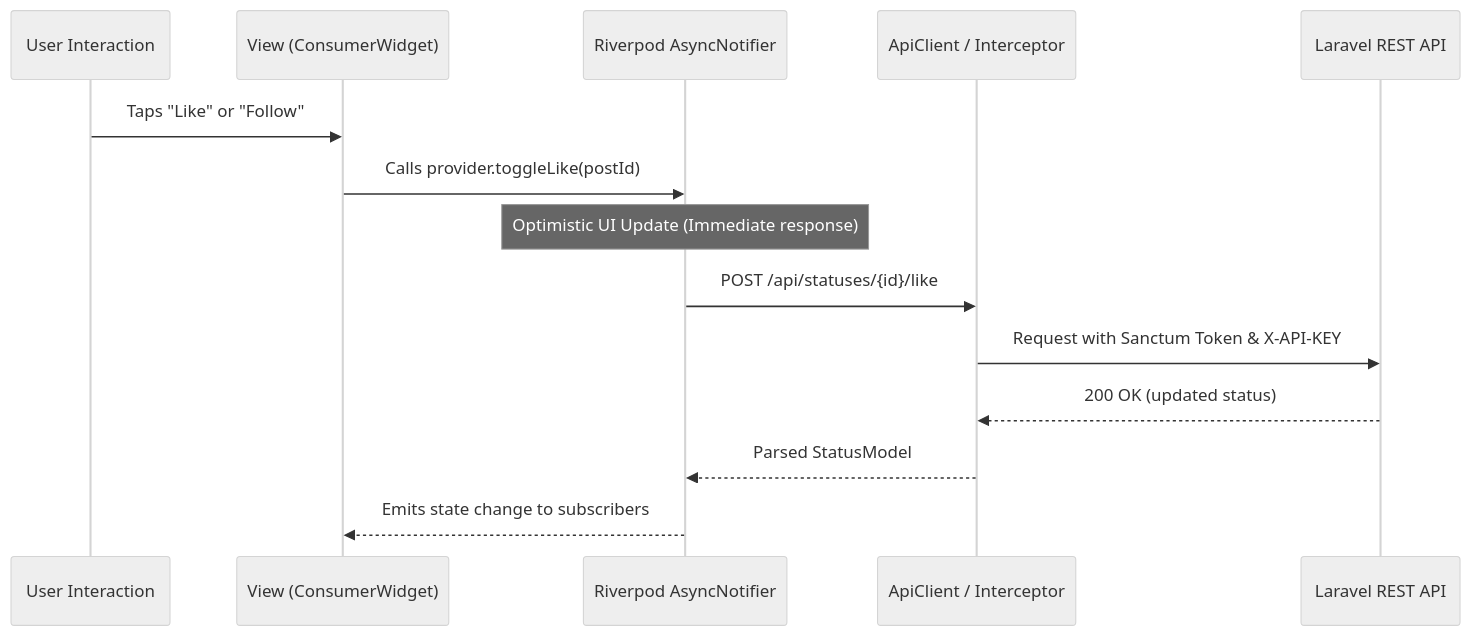
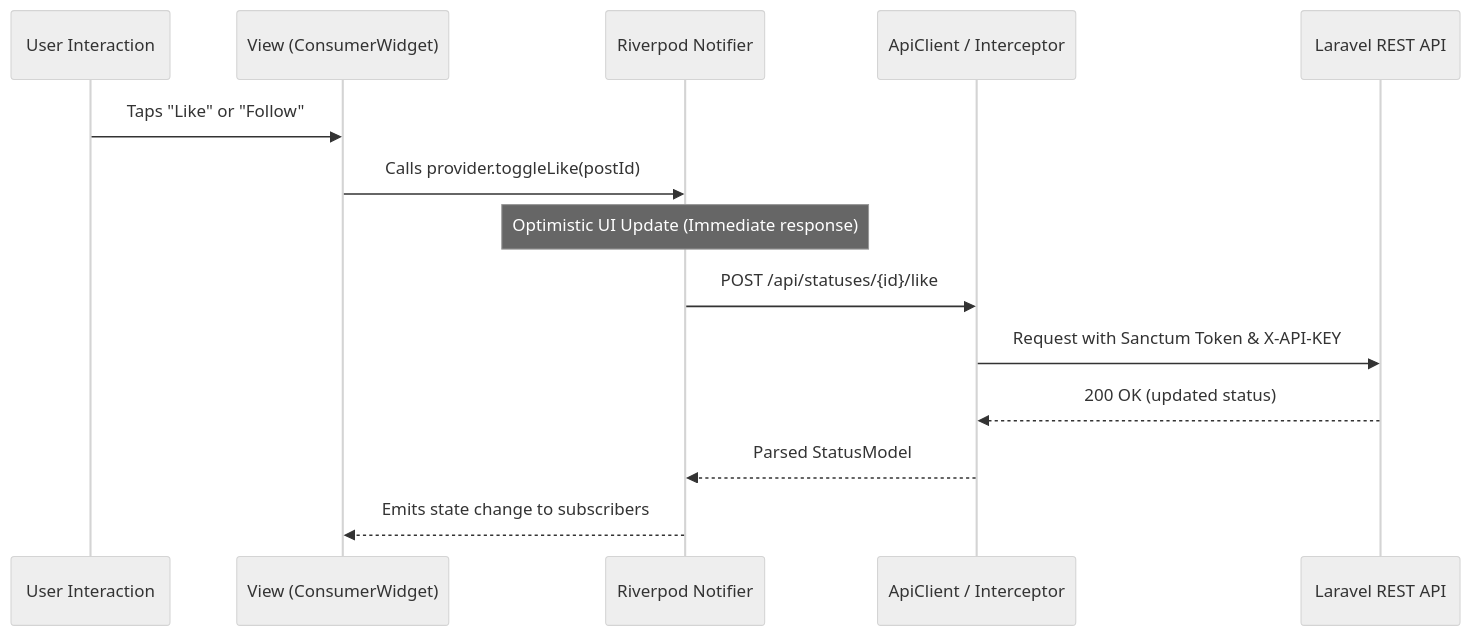
The diagram in docs/wiki/Architecture-and-Design-Patterns.md (mrghozzi/myads_app), drawn with Mermaid (neutral theme) before and after one commit. The commit also changed other lines of this file and 8 other files, not shown here.

Commit message:
docs(wiki): update documentation to v1.8.9+31 with tier-1 notification architecture, FCM v1, and modern Riverpod state

````diff
--- a/docs/wiki/Architecture-and-Design-Patterns.md
+++ b/docs/wiki/Architecture-and-Design-Patterns.md
@@ -49,17 +50,17 @@
 ```mermaid
 sequenceDiagram
     participant User as User Interaction
     participant Widget as View (ConsumerWidget)
-    participant Provider as Riverpod AsyncNotifier
+    participant Provider as Riverpod Notifier
     participant Dio as ApiClient / Interceptor
     participant Backend as Laravel REST API
 
     User->>Widget: Taps "Like" or "Follow"
     Widget->>Provider: Calls provider.toggleLike(postId)
     Note over Provider: Optimistic UI Update (Immediate response)
     Provider->>Dio: POST /api/statuses/{id}/like
     Dio->>Backend: Request with Sanctum Token & X-API-KEY
     Backend-->>Dio: 200 OK (updated status)
     Dio-->>Provider: Parsed StatusModel
     Provider-->>Widget: Emits state change to subscribers
 ```
````
